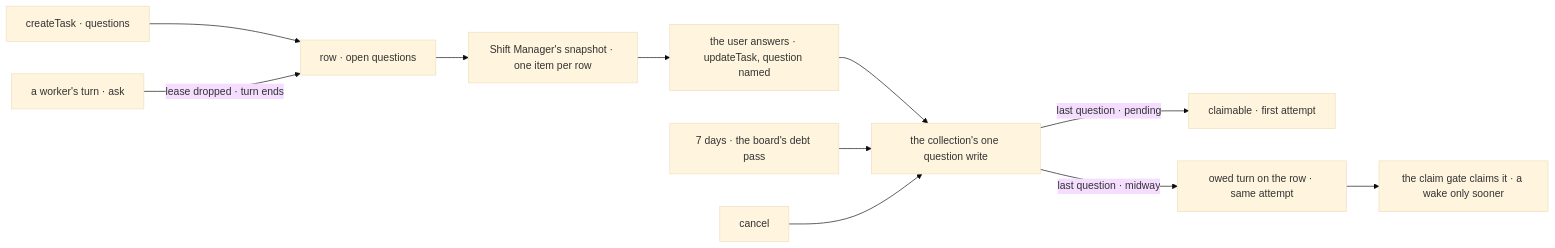
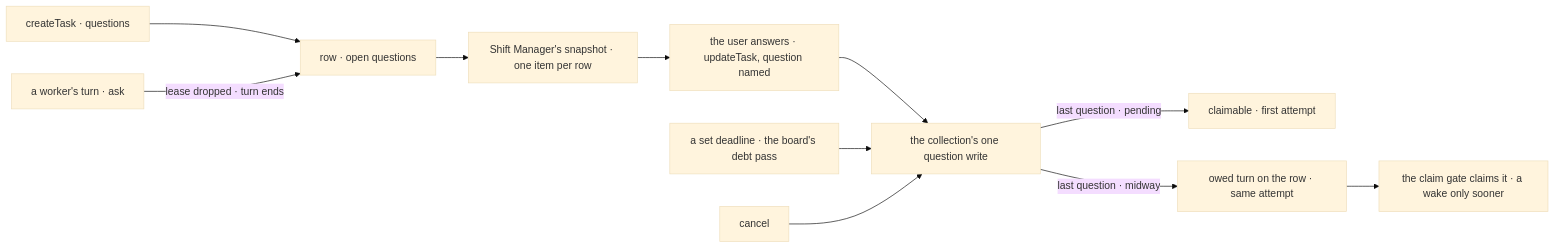
One commit to fixpoint-labs/flow-state-dev changed the second of 2 diagrams in specs/issues/FIX-2133/SPEC.md. Above: the diagram before and after it, drawn with Mermaid (base theme). The commit also changed other lines of this file and 21 other files, not shown here.

````diff
--- a/specs/issues/FIX-2133/SPEC.md
+++ b/specs/issues/FIX-2133/SPEC.md
@@ -96,13 +96,13 @@
 ```mermaid
 flowchart LR
   F["createTask · questions"] --> R["row · open questions"]
   K2["a worker's turn · ask"] -->|"lease dropped · turn ends"| R
   R --> S["Shift Manager's snapshot · one item per row"]
   S --> U["the user answers · updateTask, question named"]
   U --> W["the collection's one question write"]
-  T["7 days · the board's debt pass"] --> W
+  T["a set deadline · the board's debt pass"] --> W
   W -->|"last question · pending"| L["claimable · first attempt"]
   W -->|"last question · midway"| O["owed turn on the row · same attempt"]
   O --> G["the claim gate claims it · a wake only sooner"]
   K["cancel"] --> W
 ```
````
